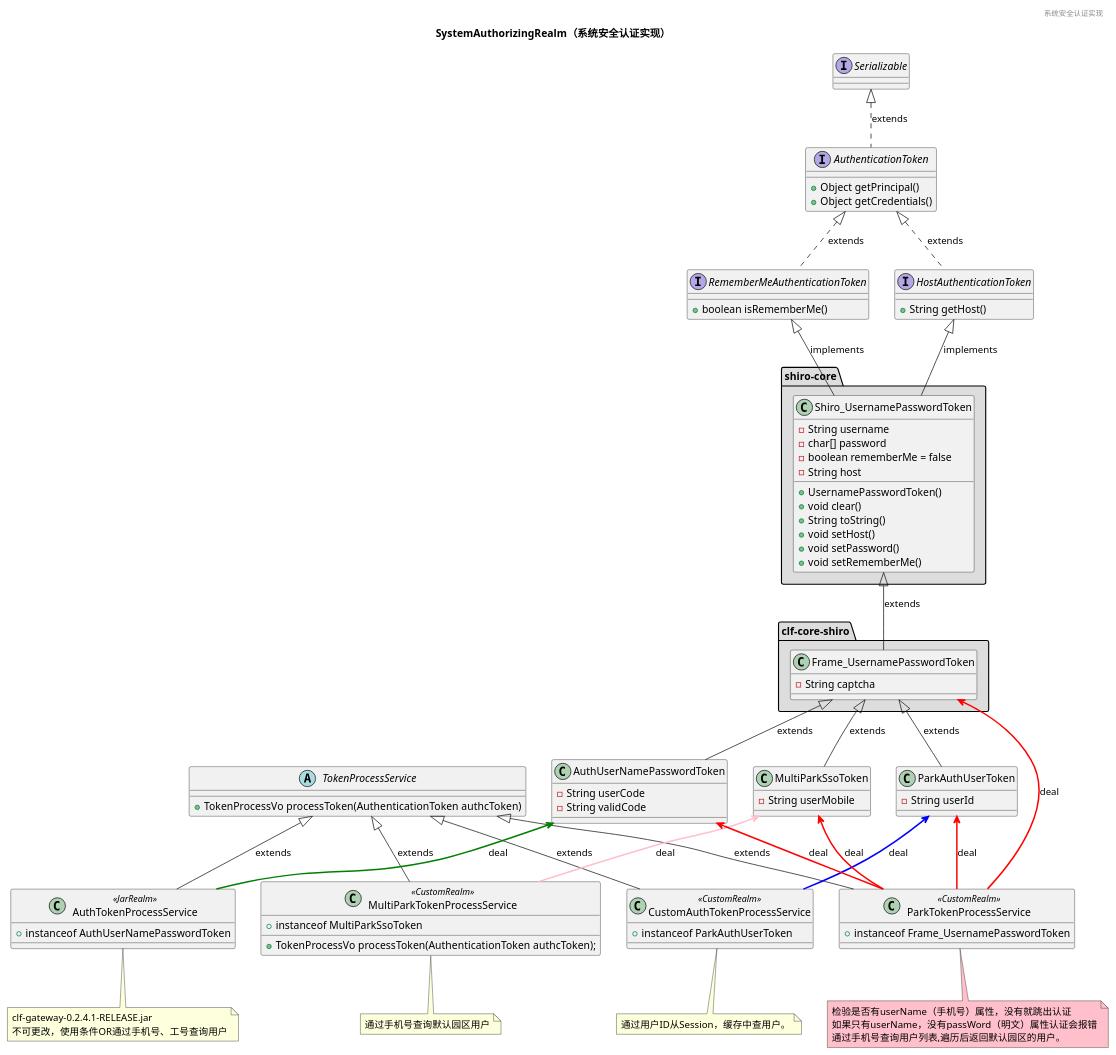
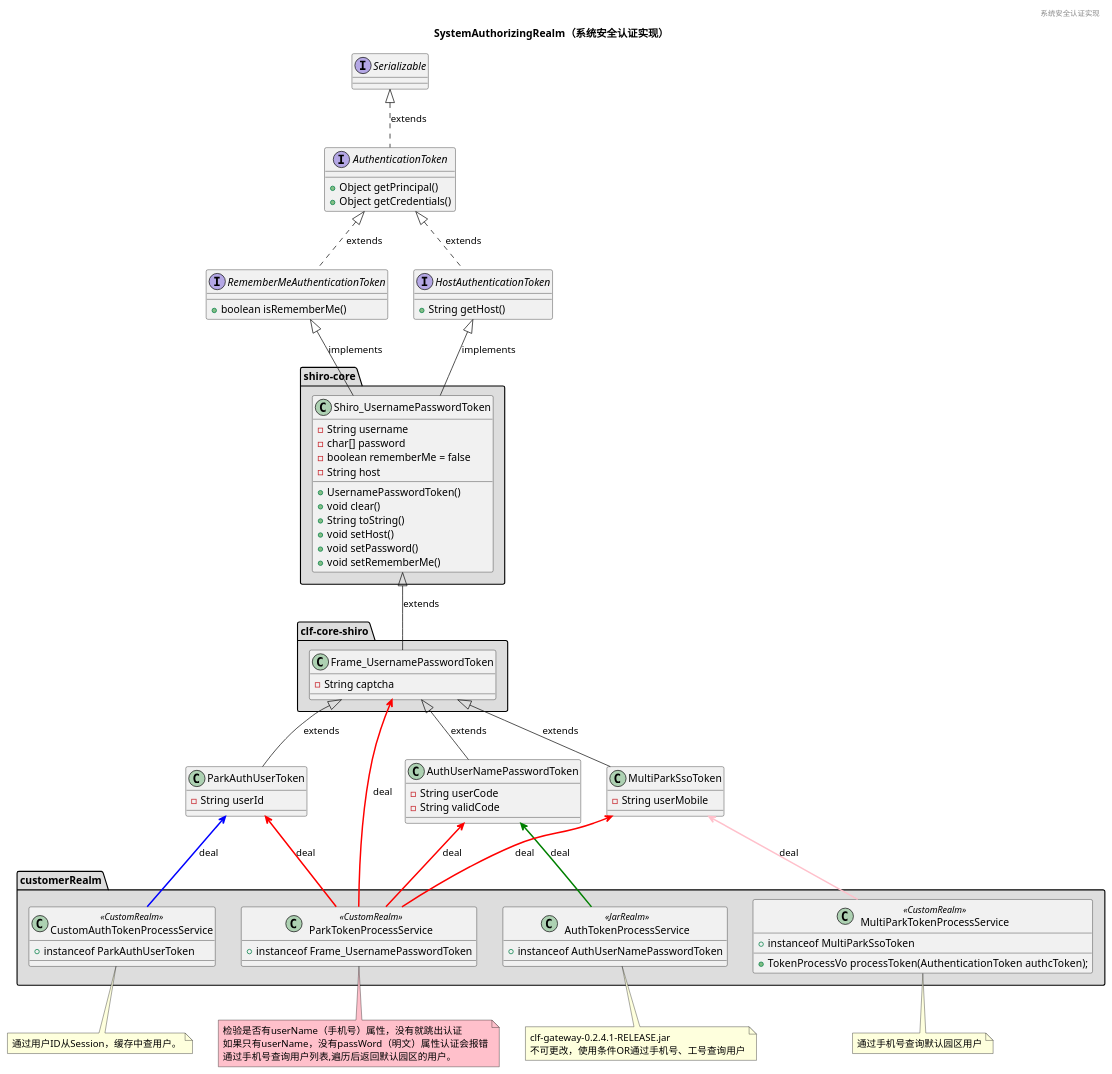
Before and after one commit to pipicop-ahri/Seraphine: the diagram in cl-project/src/main/resources/uml/loginToken.puml, drawn with PlantUML. The commit also changed 31 other files, not shown here.

```diff
--- a/cl-project/src/main/resources/uml/loginToken.puml
+++ b/cl-project/src/main/resources/uml/loginToken.puml
@@ -1,108 +1,110 @@
 @startuml
 title SystemAuthorizingRealm（系统安全认证实现）
 header 系统安全认证实现
 interface Serializable
 interface AuthenticationToken{
     + Object getPrincipal()
     + Object getCredentials()
 }
 interface RememberMeAuthenticationToken {
     + boolean isRememberMe()
 }
 interface HostAuthenticationToken {
     + String getHost()
 }
 package "shiro-core" #DDDDDD {
     class Shiro_UsernamePasswordToken {
         - String username
         - char[] password
         - boolean rememberMe = false
         - String host
         + UsernamePasswordToken()
         + void clear()
         + String toString()
         + void setHost()
         + void setPassword()
         + void setRememberMe()
     }
 }
 package "clf-core-shiro" #DDDDDD {
     class Frame_UsernamePasswordToken {
         - String captcha
     }
 }
 'Token实现
 class ParkAuthUserToken {
     - String userId
 }
 class AuthUserNamePasswordToken {
 	- String userCode
 	- String validCode
 }
 class MultiParkSsoToken {
     - String userMobile
 }
 'Service
-abstract TokenProcessService {
-    + TokenProcessVo processToken(AuthenticationToken authcToken)
-}
-class CustomAuthTokenProcessService <<CustomRealm>> {
-    + instanceof ParkAuthUserToken
-}
-class ParkTokenProcessService <<CustomRealm>>{
-    + instanceof Frame_UsernamePasswordToken
-}
-class AuthTokenProcessService <<JarRealm>>{
-    + instanceof AuthUserNamePasswordToken
-}
-class MultiParkTokenProcessService <<CustomRealm>> {
-    + TokenProcessVo processToken(AuthenticationToken authcToken);
-    + instanceof MultiParkSsoToken
+'abstract TokenProcessService {
+'    + TokenProcessVo processToken(AuthenticationToken authcToken)
+'}
+package "customerRealm" #DDDDDD{
+    class CustomAuthTokenProcessService <<CustomRealm>> {
+        + instanceof ParkAuthUserToken
+    }
+    class ParkTokenProcessService <<CustomRealm>>{
+        + instanceof Frame_UsernamePasswordToken
+    }
+    class AuthTokenProcessService <<JarRealm>>{
+        + instanceof AuthUserNamePasswordToken
+    }
+    class MultiParkTokenProcessService <<CustomRealm>> {
+        + TokenProcessVo processToken(AuthenticationToken authcToken);
+        + instanceof MultiParkSsoToken
+    }
 }
 'Shiro
 Serializable <|.. AuthenticationToken : extends
 AuthenticationToken <|..  HostAuthenticationToken: extends
 AuthenticationToken <|..  RememberMeAuthenticationToken: extends
 RememberMeAuthenticationToken <|-- Shiro_UsernamePasswordToken : implements
 HostAuthenticationToken <|-- Shiro_UsernamePasswordToken : implements
 Shiro_UsernamePasswordToken <|-- Frame_UsernamePasswordToken : extends
 '框架
 Frame_UsernamePasswordToken <|-- ParkAuthUserToken : extends
 Frame_UsernamePasswordToken <|-- AuthUserNamePasswordToken : extends
 Frame_UsernamePasswordToken <|-- MultiParkSsoToken : extends
 '处理类
-TokenProcessService <|-- CustomAuthTokenProcessService : extends
-TokenProcessService <|-- ParkTokenProcessService : extends
-TokenProcessService <|-- AuthTokenProcessService : extends
-TokenProcessService <|-- MultiParkTokenProcessService : extends
+'TokenProcessService <|-- CustomAuthTokenProcessService : extends
+'TokenProcessService <|-- ParkTokenProcessService : extends
+'TokenProcessService <|-- AuthTokenProcessService : extends
+'TokenProcessService <|-- MultiParkTokenProcessService : extends
 
 
 
 ParkAuthUserToken <-[thickness=2,#blue]- CustomAuthTokenProcessService : deal
 note bottom of CustomAuthTokenProcessService
 通过用户ID从Session，缓存中查用户。
 end note
 
 
 AuthUserNamePasswordToken <-[thickness=2,#green]- AuthTokenProcessService : deal
 note bottom of AuthTokenProcessService
 clf-gateway-0.2.4.1-RELEASE.jar
 不可更改，使用条件OR通过手机号、工号查询用户
 end note
 
 MultiParkSsoToken <-[thickness=2,#pink]- MultiParkTokenProcessService : deal
 note bottom of MultiParkTokenProcessService
 通过手机号查询默认园区用户
 end note
 
 Frame_UsernamePasswordToken <-[thickness=2,#red]- ParkTokenProcessService : deal
 ParkAuthUserToken <-[thickness=2,#red]- ParkTokenProcessService : deal
 AuthUserNamePasswordToken <-[thickness=2,#red]- ParkTokenProcessService : deal
 MultiParkSsoToken <-[thickness=2,#red]- ParkTokenProcessService : deal
 note bottom of ParkTokenProcessService #pink
 检验是否有userName（手机号）属性，没有就跳出认证
 如果只有userName，没有passWord（明文）属性认证会报错
 通过手机号查询用户列表,遍历后返回默认园区的用户。
 end note
 
 @enduml
```
